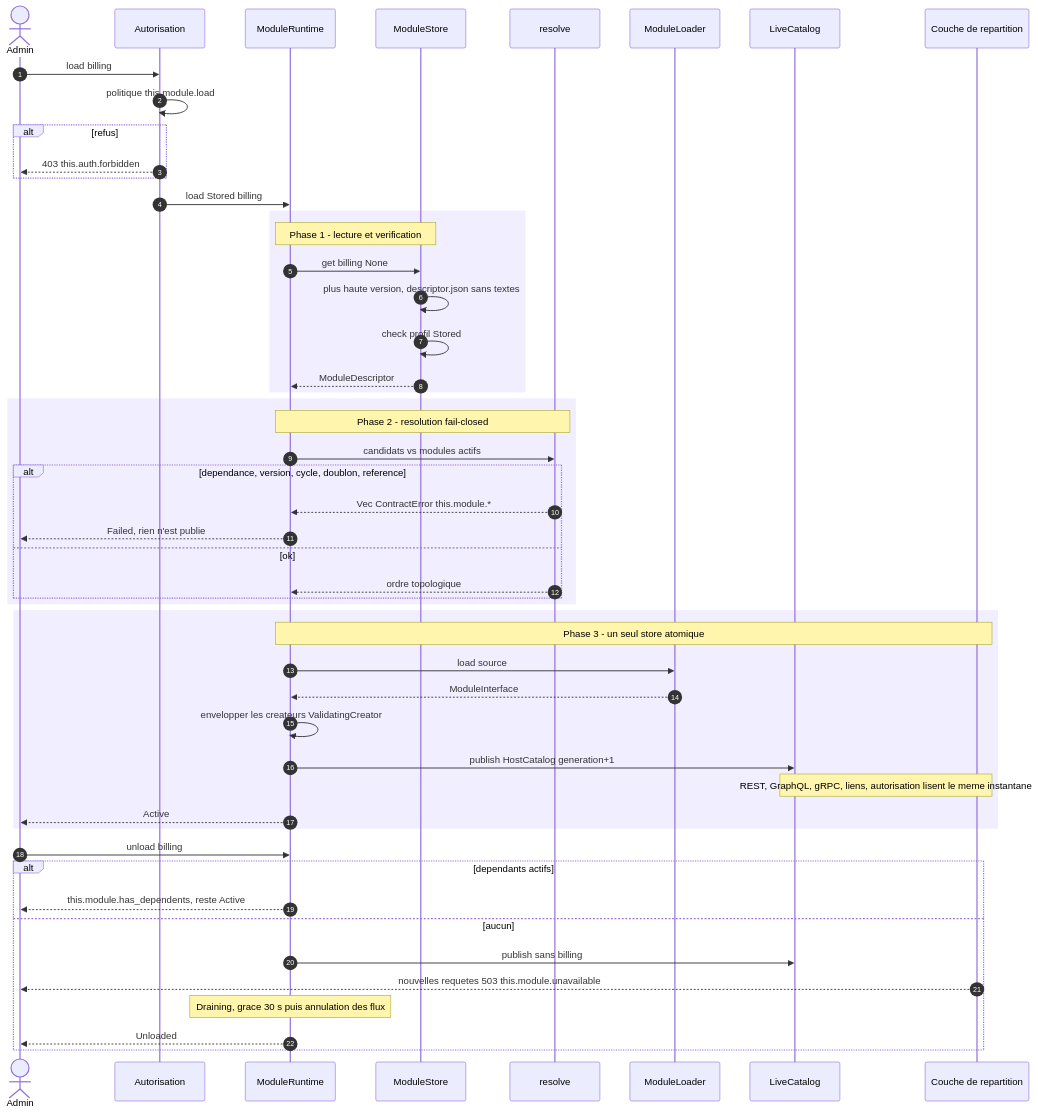
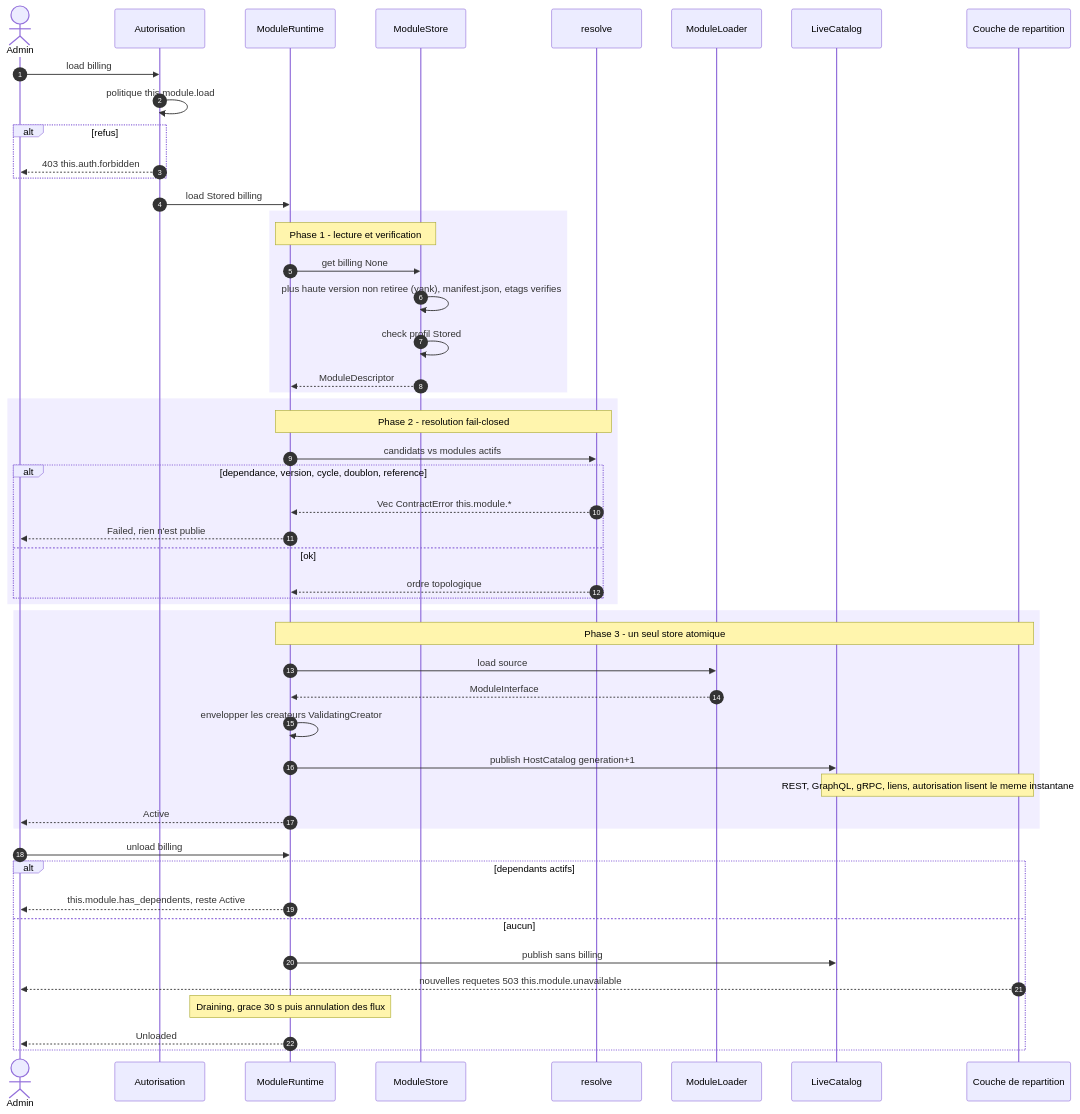
Before and after one commit to this-rs/this: the diagram in docs/atlas/module-descriptor/chargement-runtime.mmd, drawn with Mermaid. The commit also changed 7 other files, not shown here.

First line of the commit message:
feat(vfs): VFS backends (memory, local fs, obrain) and VfsModuleStore

```diff
--- a/docs/atlas/module-descriptor/chargement-runtime.mmd
+++ b/docs/atlas/module-descriptor/chargement-runtime.mmd
@@ -1,58 +1,60 @@
 sequenceDiagram
 %% name: module-descriptor-runtime-load
 %% PROUVE : rien encore pour la sequence (flux modules-runtime et vfs). Contrats prouves par la fondation :
 %%   resolve (tests resolve_*), check_compat (tag_reuse_move_and_unreserved_removal_detected), LiveCatalog
 %%   (readers_keep_their_snapshot_across_publication), VfsPath (vfs_path_rejects_dotdot_and_friends).
+%% PROUVE (flux vfs) : phase 1 cote ModuleStore = module_store_get_highest_version, module_store_yank_rolls_back_and_unyank_restores,
+%%   module_store_get_rechecks_with_current_registry, read_source_loads_stored_module. Detail : stockage-vfs.mmd.
 %% SOURCES LUES : src/server/catalog.rs, src/storage/vfs/mod.rs, crates/this-descriptor/src/{resolve,compat,check}.rs.
 %% NON ETABLI : couche de repartition sous charge ; annulation des flux en fin de grace.
     autonumber
     actor Admin
     participant AZ as Autorisation
     participant RT as ModuleRuntime
     participant MS as ModuleStore
     participant RES as resolve
     participant LD as ModuleLoader
     participant CAT as LiveCatalog
     participant DSP as Couche de repartition
 
     Admin->>AZ: load billing
     AZ->>AZ: politique this.module.load
     alt refus
         AZ-->>Admin: 403 this.auth.forbidden
     end
     AZ->>RT: load Stored billing
     rect rgba(164,139,255,.15)
     Note over RT,MS: Phase 1 - lecture et verification
     RT->>MS: get billing None
-    MS->>MS: plus haute version, descriptor.json sans textes
+    MS->>MS: plus haute version non retiree (yank), manifest.json, etags verifies
     MS->>MS: check profil Stored
     MS-->>RT: ModuleDescriptor
     end
     rect rgba(164,139,255,.15)
     Note over RT,RES: Phase 2 - resolution fail-closed
     RT->>RES: candidats vs modules actifs
     alt dependance, version, cycle, doublon, reference
         RES-->>RT: Vec ContractError this.module.*
         RT-->>Admin: Failed, rien n'est publie
     else ok
         RES-->>RT: ordre topologique
     end
     end
     rect rgba(164,139,255,.15)
     Note over RT,DSP: Phase 3 - un seul store atomique
     RT->>LD: load source
     LD-->>RT: ModuleInterface
     RT->>RT: envelopper les createurs ValidatingCreator
     RT->>CAT: publish HostCatalog generation+1
     Note over CAT,DSP: REST, GraphQL, gRPC, liens, autorisation lisent le meme instantane
     RT-->>Admin: Active
     end
     Admin->>RT: unload billing
     alt dependants actifs
         RT-->>Admin: this.module.has_dependents, reste Active
     else aucun
         RT->>CAT: publish sans billing
         DSP-->>Admin: nouvelles requetes 503 this.module.unavailable
         Note over RT: Draining, grace 30 s puis annulation des flux
         RT-->>Admin: Unloaded
     end
```
